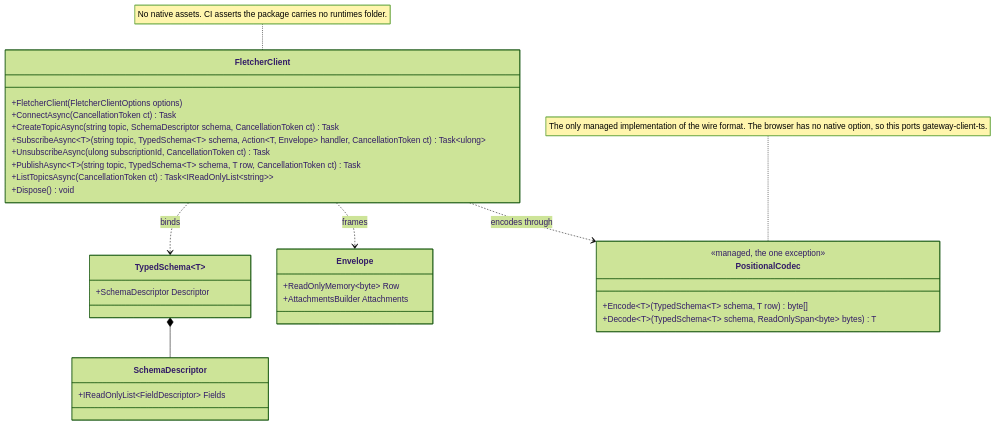
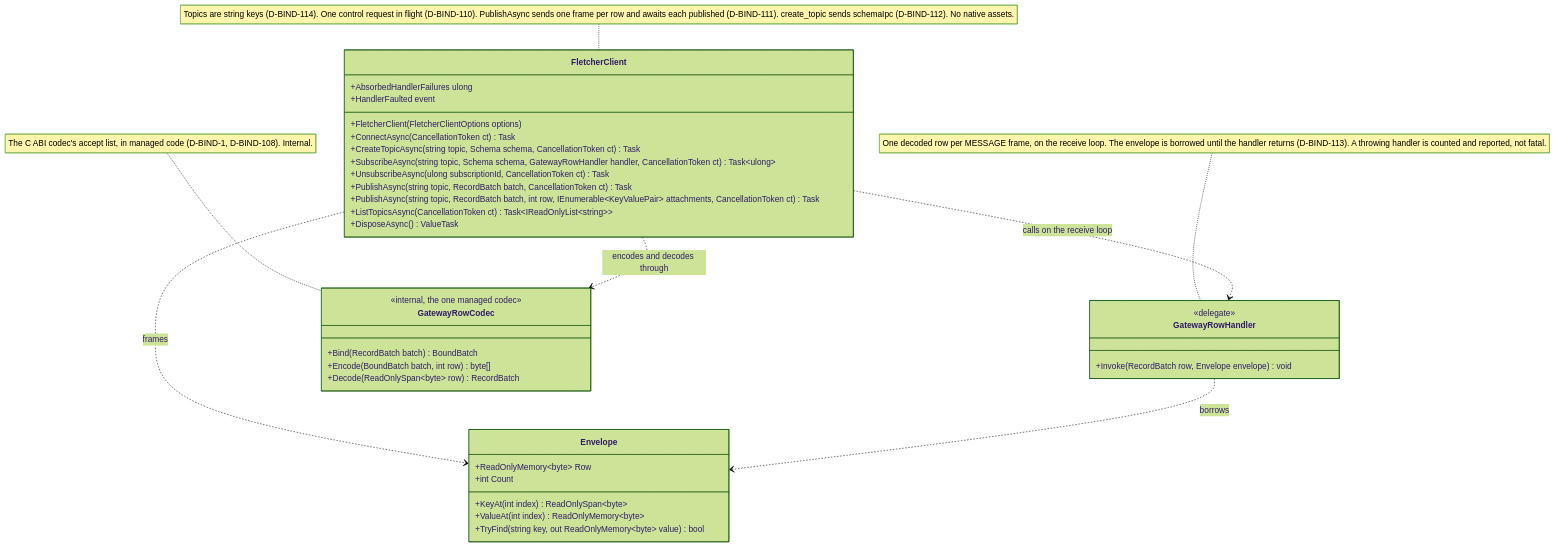
The fourth of 4 diagrams in plans/BIND-csharp-public-surface.md (eivacom/Fletcher), drawn with Mermaid (forest theme) before and after one commit. The commit also changed other lines of this file and 13 other files, not shown here.

````diff
--- a/plans/BIND-csharp-public-surface.md
+++ b/plans/BIND-csharp-public-surface.md
@@ -614,34 +619,40 @@
 ```mermaid
 classDiagram
     class FletcherClient {
         +FletcherClient(FletcherClientOptions options)
         +ConnectAsync(CancellationToken ct) Task
-        +CreateTopicAsync(string topic, SchemaDescriptor schema, CancellationToken ct) Task
-        +SubscribeAsync~T~(string topic, TypedSchema~T~ schema, Action~T, Envelope~ handler, CancellationToken ct) Task~ulong~
+        +CreateTopicAsync(string topic, Schema schema, CancellationToken ct) Task
+        +SubscribeAsync(string topic, Schema schema, GatewayRowHandler handler, CancellationToken ct) Task~ulong~
         +UnsubscribeAsync(ulong subscriptionId, CancellationToken ct) Task
-        +PublishAsync~T~(string topic, TypedSchema~T~ schema, T row, CancellationToken ct) Task
+        +PublishAsync(string topic, RecordBatch batch, CancellationToken ct) Task
+        +PublishAsync(string topic, RecordBatch batch, int row, IEnumerable~KeyValuePair~ attachments, CancellationToken ct) Task
         +ListTopicsAsync(CancellationToken ct) Task~IReadOnlyList~string~~
-        +Dispose() void
+        +AbsorbedHandlerFailures ulong
+        +HandlerFaulted event
+        +DisposeAsync() ValueTask
     }
-    class TypedSchema~T~ {
-        +SchemaDescriptor Descriptor
-    }
-    class SchemaDescriptor {
-        +IReadOnlyList~FieldDescriptor~ Fields
+    class GatewayRowHandler {
+        <<delegate>>
+        +Invoke(RecordBatch row, Envelope envelope) void
     }
     class Envelope {
         +ReadOnlyMemory~byte~ Row
-        +AttachmentsBuilder Attachments
+        +int Count
+        +KeyAt(int index) ReadOnlySpan~byte~
+        +ValueAt(int index) ReadOnlyMemory~byte~
+        +TryFind(string key, out ReadOnlyMemory~byte~ value) bool
     }
-    class PositionalCodec {
-        <<managed, the one exception>>
-        +Encode~T~(TypedSchema~T~ schema, T row) byte[]
-        +Decode~T~(TypedSchema~T~ schema, ReadOnlySpan~byte~ bytes) T
+    class GatewayRowCodec {
+        <<internal, the one managed codec>>
+        +Bind(RecordBatch batch) BoundBatch
+        +Encode(BoundBatch batch, int row) byte[]
+        +Decode(ReadOnlySpan~byte~ row) RecordBatch
     }
-    FletcherClient ..> TypedSchema~T~ : binds
-    TypedSchema~T~ *-- SchemaDescriptor
-    FletcherClient ..> PositionalCodec : encodes through
+    FletcherClient ..> GatewayRowHandler : calls on the receive loop
+    FletcherClient ..> GatewayRowCodec : encodes and decodes through
     FletcherClient ..> Envelope : frames
-    note for PositionalCodec "The only managed implementation of the wire format. The browser has no native option, so this ports gateway-client-ts."
-    note for FletcherClient "No native assets. CI asserts the package carries no runtimes folder."
+    GatewayRowHandler ..> Envelope : borrows
+    note for FletcherClient "Topics are string keys (D-BIND-114). One control request in flight (D-BIND-110). PublishAsync sends one frame per row and awaits each published (D-BIND-111). create_topic sends schemaIpc (D-BIND-112). No native assets."
+    note for GatewayRowHandler "One decoded row per MESSAGE frame, on the receive loop. The envelope is borrowed until the handler returns (D-BIND-113). A throwing handler is counted and reported, not fatal."
+    note for GatewayRowCodec "The C ABI codec's accept list, in managed code (D-BIND-1, D-BIND-108). Internal."
 ```
````
